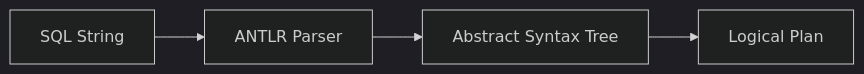
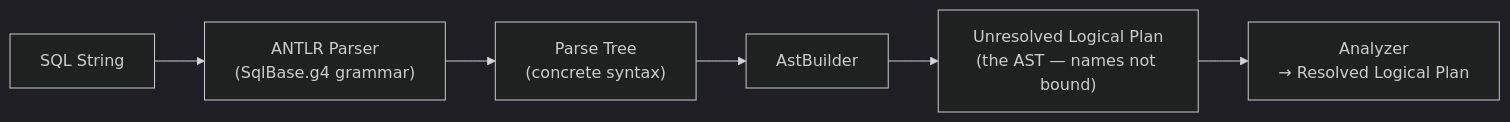
One commit to mahfooziiitian/spark-batch changed the first of 2 diagrams in spark-sql/docs/optimization/catalyst/ast/spark-sql-ast.md. Above: the diagram before and after it, drawn with Mermaid (dark theme). The commit also changed other lines of this file, not shown here.

First line of the commit message:
docs(optimization): expand thin Spark SQL AST page

````diff
--- a/spark-sql/docs/optimization/catalyst/ast/spark-sql-ast.md
+++ b/spark-sql/docs/optimization/catalyst/ast/spark-sql-ast.md
@@ -8,6 +11,8 @@
 ```mermaid
 graph LR
-    A[SQL String] --> B[ANTLR Parser]
-    B --> C[Abstract Syntax Tree]
-    C --> D[Logical Plan]
+    A["SQL String"] --> B["ANTLR Parser\n(SqlBase.g4 grammar)"]
+    B --> C["Parse Tree\n(concrete syntax)"]
+    C --> D["AstBuilder"]
+    D --> E["Unresolved Logical Plan\n(the AST — names not bound)"]
+    E --> F["Analyzer\n→ Resolved Logical Plan"]
 ```
````
